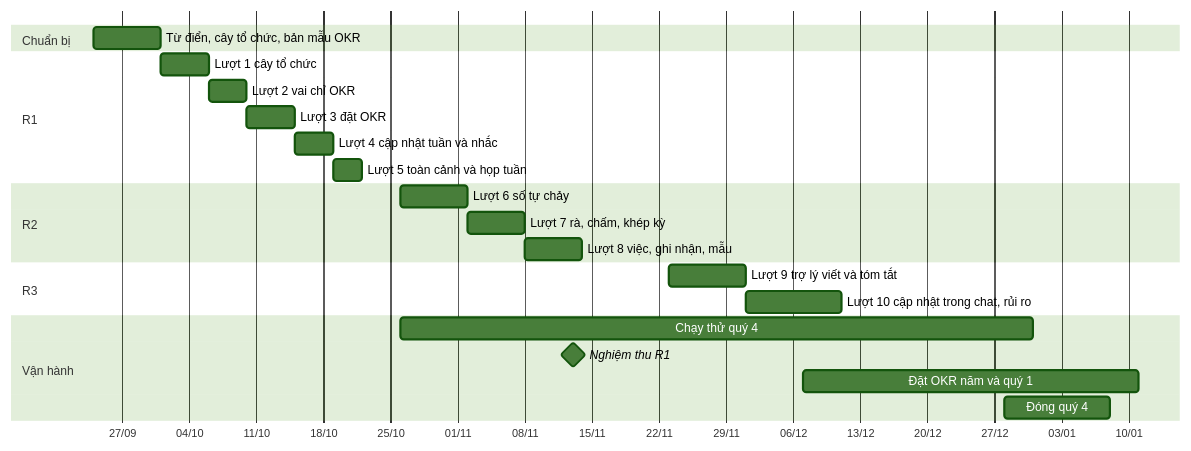
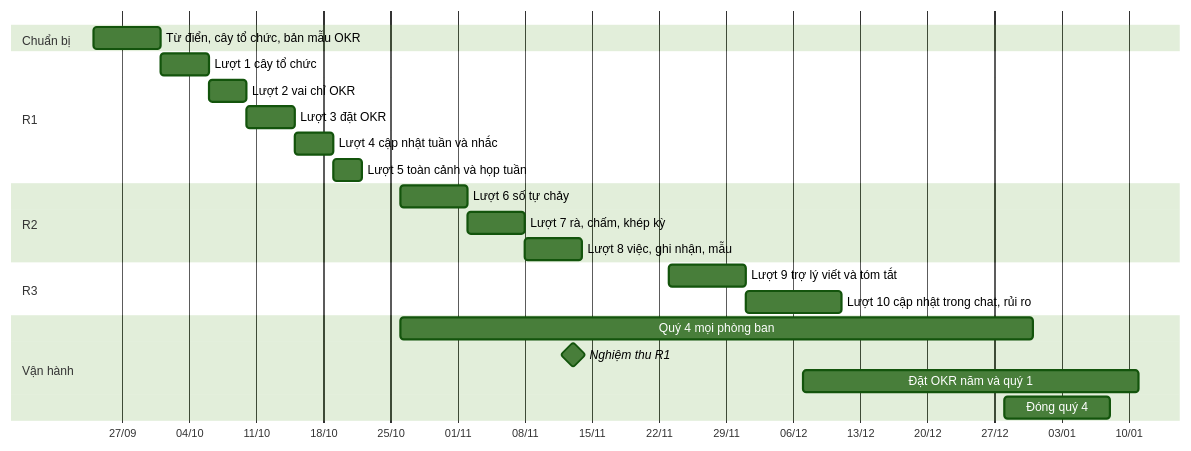
The diagram in docs/plan/lo-trinh-okr.md (phanlemanh/crm-onehub), drawn with Mermaid (forest theme) before and after one commit. The commit also changed other lines of this file, not shown here.

First line of the commit message:
docs(plan): OKR quý 4 áp dụng cho mọi phòng ban từ 26/10

````diff
--- a/docs/plan/lo-trinh-okr.md
+++ b/docs/plan/lo-trinh-okr.md
@@ -25,25 +25,25 @@
 ```mermaid
 gantt
   dateFormat YYYY-MM-DD
   axisFormat %d/%m
   section Chuẩn bị
   Từ điển, cây tổ chức, bản mẫu OKR   :p0, 2026-09-24, 7d
   section R1
   Lượt 1 cây tổ chức                  :r1, 2026-10-01, 5d
   Lượt 2 vai chỉ OKR                  :r2, after r1, 4d
   Lượt 3 đặt OKR                      :r3, after r2, 5d
   Lượt 4 cập nhật tuần và nhắc        :r4, after r3, 4d
   Lượt 5 toàn cảnh và họp tuần        :r5, after r4, 3d
   section R2
   Lượt 6 số tự chảy                   :r6, 2026-10-26, 7d
   Lượt 7 rà, chấm, khép kỳ            :r7, after r6, 6d
   Lượt 8 việc, ghi nhận, mẫu          :r8, after r7, 6d
   section R3
   Lượt 9 trợ lý viết và tóm tắt       :r9, 2026-11-23, 8d
   Lượt 10 cập nhật trong chat, rủi ro :r10, after r9, 10d
   section Vận hành
-  Chạy thử quý 4                      :q4, 2026-10-26, 2026-12-31
+  Quý 4 mọi phòng ban                 :q4, 2026-10-26, 2026-12-31
   Nghiệm thu R1                       :milestone, u1, 2026-11-13, 0d
   Đặt OKR năm và quý 1                :okr, 2026-12-07, 2027-01-11
   Đóng quý 4                          :cl, 2026-12-28, 2027-01-08
 ```
````
